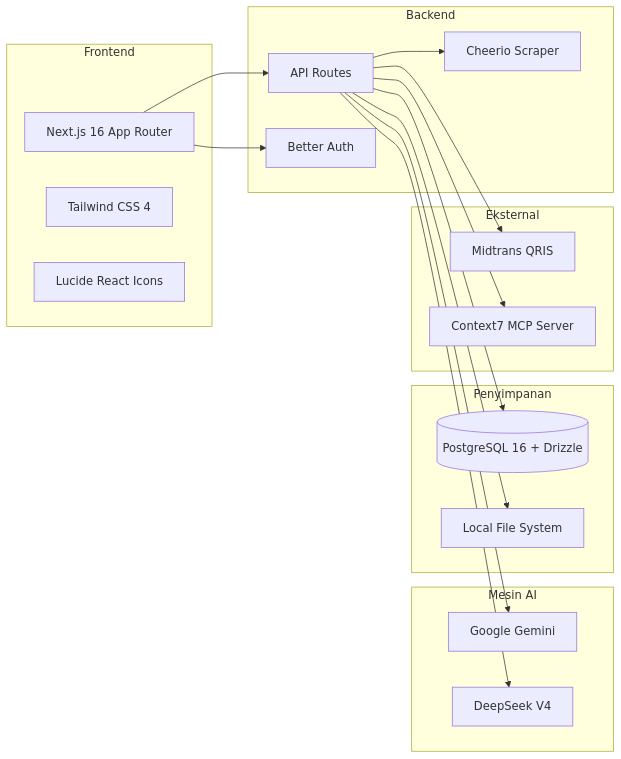
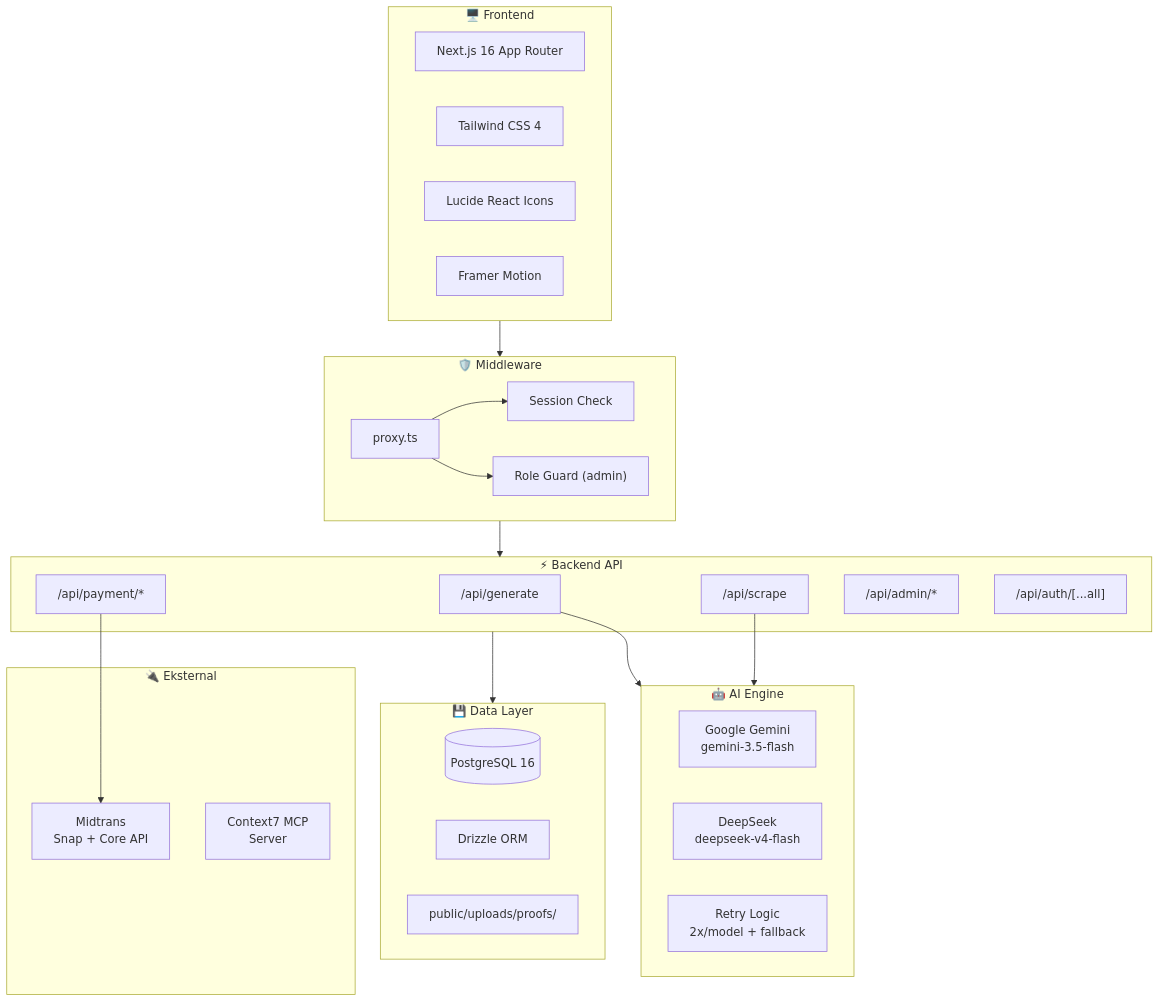
Before and after one commit to Muhira007/VO-Script-Generator: the first of 3 diagrams in PROGRESS.md, drawn with Mermaid. The commit also changed other lines of this file and 2 other files, not shown here.

First line of the commit message:
docs: perbarui dokumentasi dengan diagram alur dan konsistensi branding

````diff
--- a/PROGRESS.md
+++ b/PROGRESS.md
@@ -24,39 +26,51 @@
 ```mermaid
-graph LR
-    subgraph Frontend
-        N[Next.js 16 App Router]
-        T[Tailwind CSS 4]
-        L[Lucide React Icons]
+graph TB
+    subgraph Frontend["🖥️ Frontend"]
+        APP["Next.js 16 App Router"]
+        TW["Tailwind CSS 4"]
+        LUC["Lucide React Icons"]
+        FM["Framer Motion"]
     end
 
-    subgraph Backend
-        API[API Routes]
-        AUTH[Better Auth]
-        SCRAPER[Cheerio Scraper]
+    subgraph Middleware["🛡️ Middleware"]
+        PROXY["proxy.ts"]
+        PROXY --> AUTH_CHECK["Session Check"]
+        PROXY --> ROLE_CHECK["Role Guard (admin)"]
     end
 
-    subgraph Mesin AI
-        GEM[Google Gemini]
-        DS[DeepSeek V4]
+    subgraph Backend["⚡ Backend API"]
+        GEN_API["/api/generate"]
+        SCRAPE_API["/api/scrape"]
+        PAY_API["/api/payment/*"]
+        ADM_API["/api/admin/*"]
+        AUTH_API["/api/auth/[...all]"]
     end
 
-    subgraph Penyimpanan
-        DB[(PostgreSQL 16 + Drizzle)]
-        FS[Local File System]
+    subgraph AI["🤖 AI Engine"]
+        GEMINI["Google Gemini
+        gemini-3.5-flash"]
+        DEEPSEEK["DeepSeek
+        deepseek-v4-flash"]
+        RETRY["Retry Logic
+        2x/model + fallback"]
     end
 
-    subgraph Eksternal
-        MID[Midtrans QRIS]
-        CTX7[Context7 MCP Server]
+    subgraph Data["💾 Data Layer"]
+        DB[("PostgreSQL 16")]
+        DRIZZLE["Drizzle ORM"]
+        FS["public/uploads/proofs/"]
     end
 
-    N --> API
-    N --> AUTH
-    API --> GEM
-    API --> DS
-    API --> SCRAPER
-    API --> DB
-    API --> FS
-    API --> MID
-    API --> CTX7
+    subgraph Ext["🔌 Eksternal"]
+        MIDTRANS["Midtrans
+        Snap + Core API"]
+        CTX7["Context7 MCP
+        Server"]
+    end
+
+    Frontend --> Middleware --> Backend
+    GEN_API --> AI
+    SCRAPE_API --> AI
+    PAY_API --> MIDTRANS
+    Backend --> Data
 ```
````
